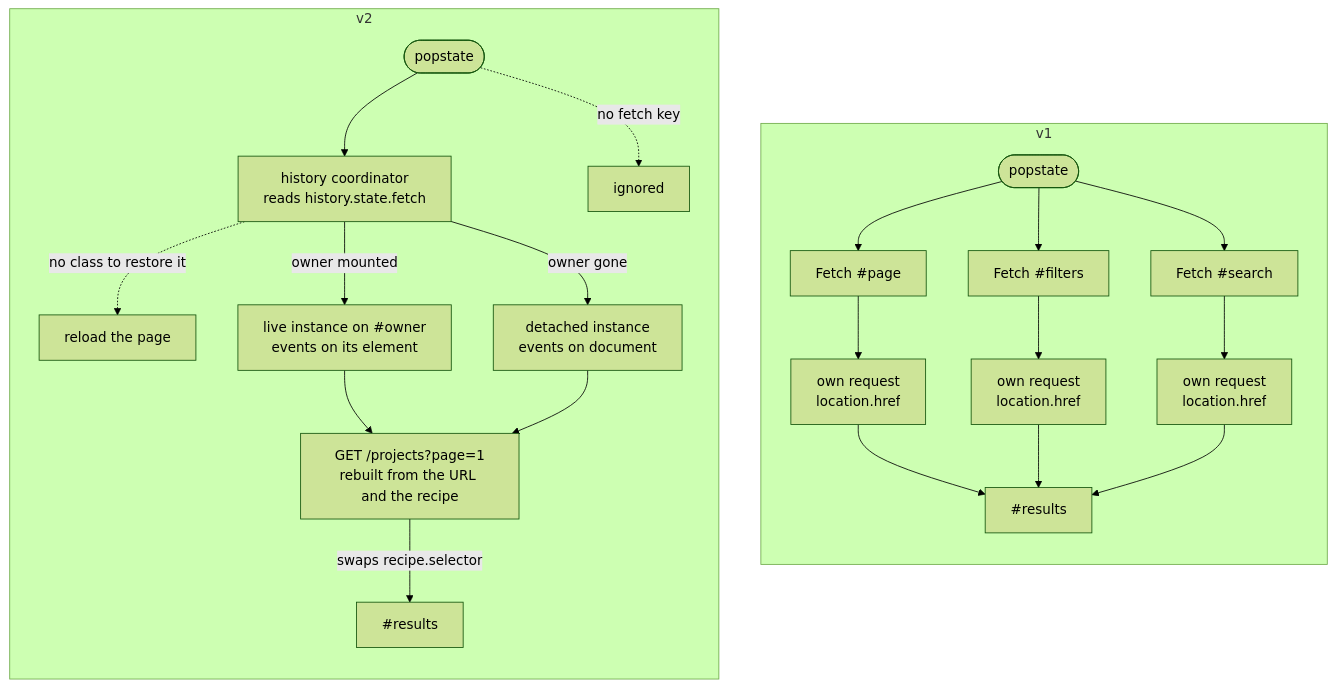
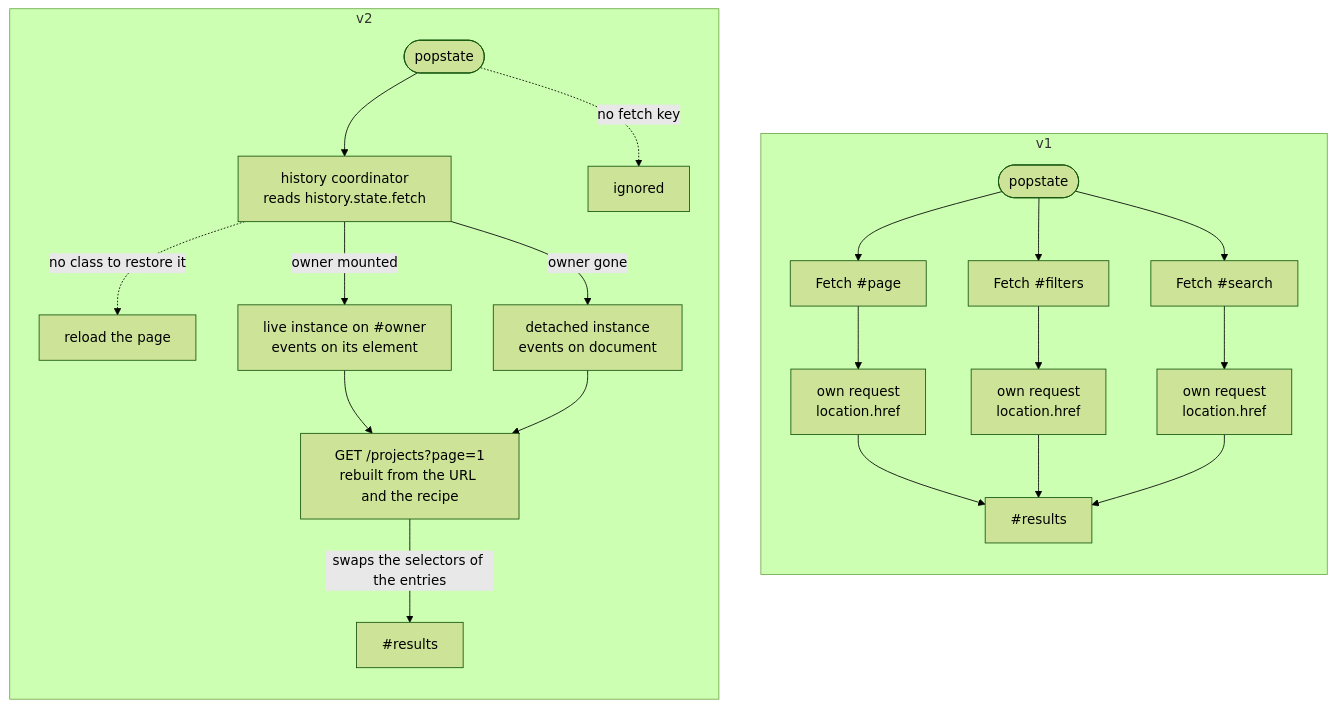
Before and after one commit to studiometa/ui: the diagram in packages/docs/migration-guides/1.0-2.0/index.md, drawn with Mermaid (forest theme). The commit also changed other lines of this file, not shown here.

Commit message:
docs(migration): list the Fetch restore and header name changes
Say that a restore of `append` or `prepend` content uses `replace`,
list the removed `HEADER_NAMES` keys, and make the v2 popstate flow
swap the selectors of the entries, as the coordinator now does.

Claude-Session: https://claude.ai/code/session_01ShdGorQpLAAzXLQjbpvKL1

````diff
--- a/packages/docs/migration-guides/1.0-2.0/index.md
+++ b/packages/docs/migration-guides/1.0-2.0/index.md
@@ -648,20 +648,20 @@
 ```mermaid
 flowchart TB
   subgraph v1
     direction TB
     p1([popstate]) --> f1["Fetch #page"] --> g1["own request<br>location.href"] --> d1["#results"]
     p1 --> f2["Fetch #filters"] --> g2["own request<br>location.href"] --> d1
     p1 --> f3["Fetch #search"] --> g3["own request<br>location.href"] --> d1
   end
   subgraph v2
     direction TB
     p2([popstate]) --> c["history coordinator<br>reads history.state.fetch"]
     p2 -. no fetch key .-> i[ignored]
     c -. no class to restore it .-> r[reload the page]
     c -- owner mounted --> live["live instance on #owner<br>events on its element"]
     c -- owner gone --> detached["detached instance<br>events on document"]
     live --> g4["GET /projects?page=1<br>rebuilt from the URL and the recipe"]
     detached --> g4
-    g4 -- swaps recipe.selector --> d2["#results"]
+    g4 -- swaps the selectors of the entries --> d2["#results"]
   end
 ```
````
